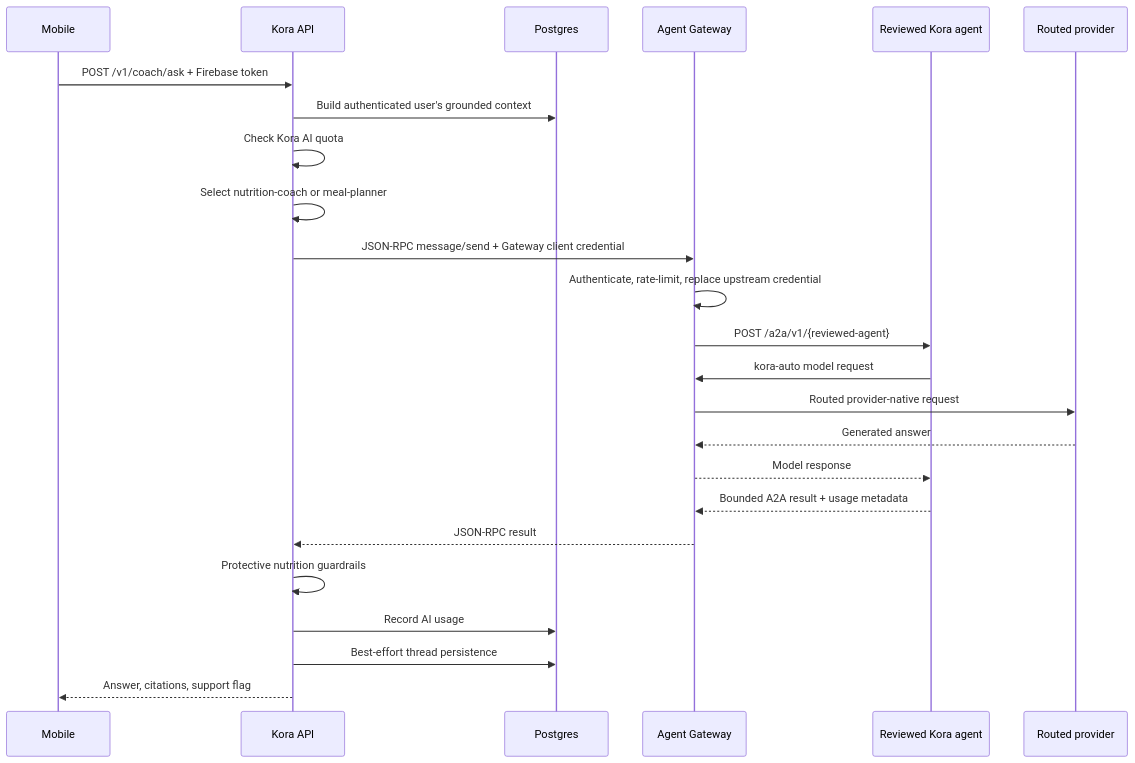
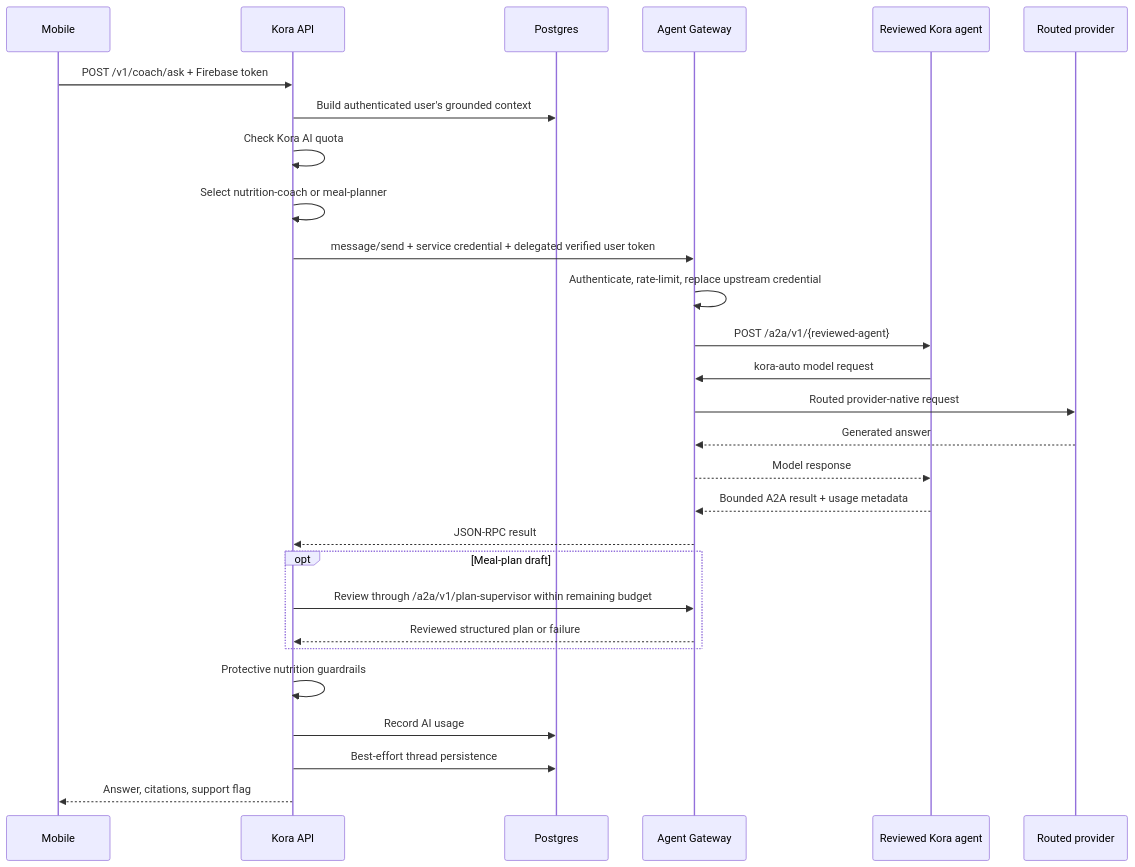
Before and after one commit to tesserix/kora: the fourth of 6 diagrams in docs/architecture/agentic-ai-end-to-end.md, drawn with Mermaid. The commit also changed other lines of this file, not shown here.

First line of the commit message:
docs(ai): reconcile architecture with the implemented flows (#585)

````diff
--- a/docs/architecture/agentic-ai-end-to-end.md
+++ b/docs/architecture/agentic-ai-end-to-end.md
@@ -383,27 +406,31 @@
 ```mermaid
 sequenceDiagram
     participant Mobile
     participant API as Kora API
     participant DB as Postgres
     participant GW as Agent Gateway
     participant Agent as Reviewed Kora agent
     participant Model as Routed provider
 
     Mobile->>API: POST /v1/coach/ask + Firebase token
     API->>DB: Build authenticated user's grounded context
     API->>API: Check Kora AI quota
     API->>API: Select nutrition-coach or meal-planner
-    API->>GW: JSON-RPC message/send + Gateway client credential
+    API->>GW: message/send + service credential + delegated verified user token
     GW->>GW: Authenticate, rate-limit, replace upstream credential
     GW->>Agent: POST /a2a/v1/{reviewed-agent}
     Agent->>GW: kora-auto model request
     GW->>Model: Routed provider-native request
     Model-->>GW: Generated answer
     GW-->>Agent: Model response
     Agent-->>GW: Bounded A2A result + usage metadata
     GW-->>API: JSON-RPC result
+    opt Meal-plan draft
+        API->>GW: Review through /a2a/v1/plan-supervisor within remaining budget
+        GW-->>API: Reviewed structured plan or failure
+    end
     API->>API: Protective nutrition guardrails
     API->>DB: Record AI usage
     API->>DB: Best-effort thread persistence
     API-->>Mobile: Answer, citations, support flag
 ```
````
